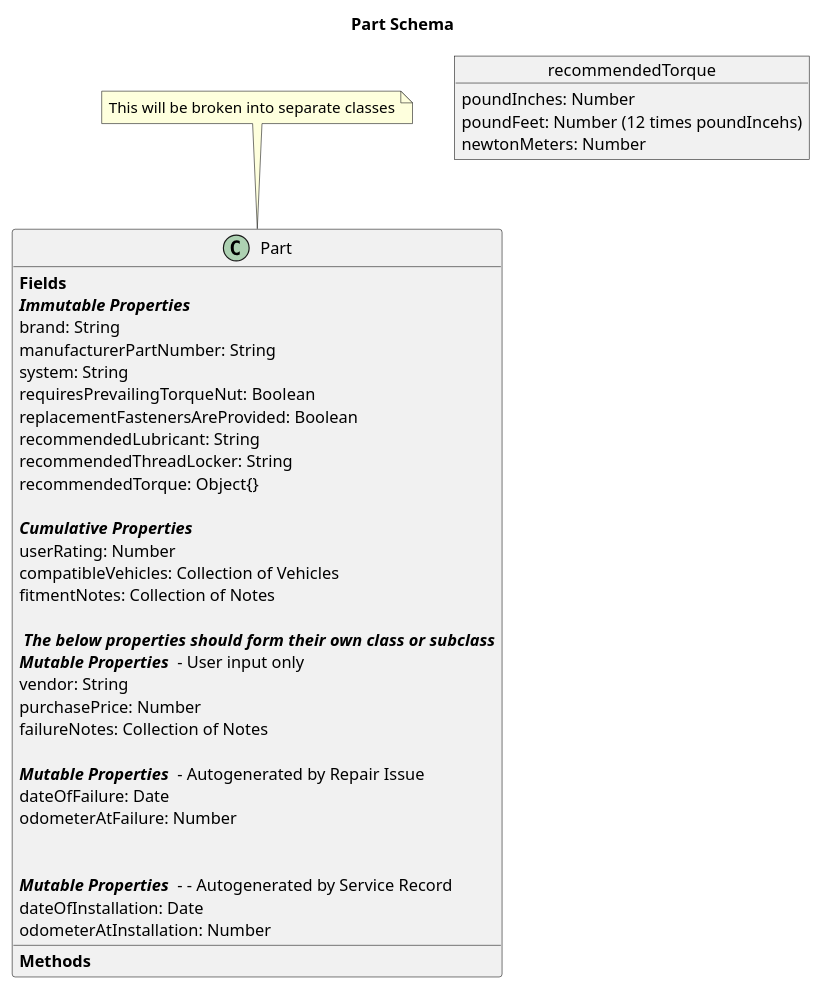
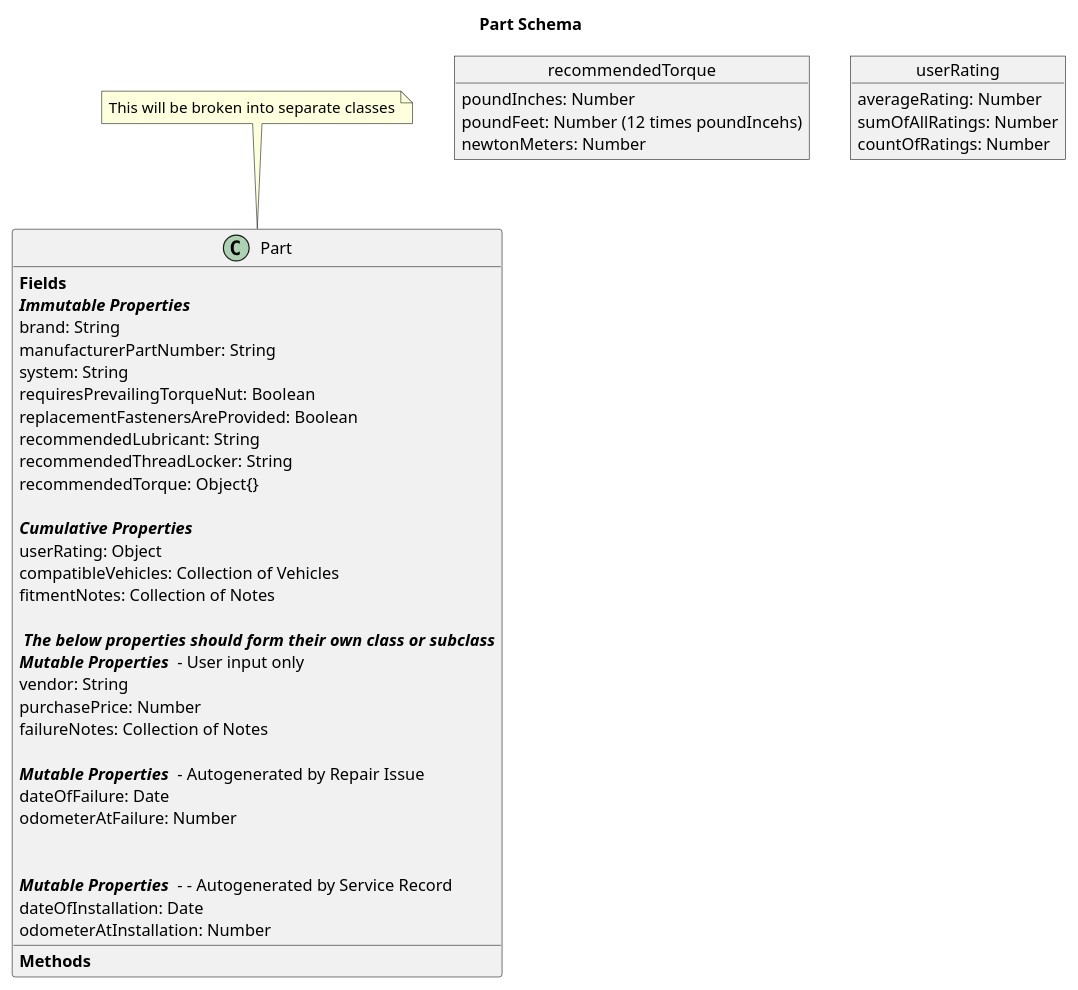
Before and after one commit to TwoFistedJustice/manifold: the diagram in src/app/odm/uml/part.puml, drawn with PlantUML.

Commit message:
Change userRatings field to Object

```diff
--- a/src/app/odm/uml/part.puml
+++ b/src/app/odm/uml/part.puml
@@ -1,57 +1,62 @@
 @startuml
 
 title Part Schema
 
 
 class Part{
 {field}**Fields**
 **//Immutable Properties//**
 brand: String
 manufacturerPartNumber: String
 system: String
 requiresPrevailingTorqueNut: Boolean
 replacementFastenersAreProvided: Boolean
 recommendedLubricant: String
 recommendedThreadLocker: String
 recommendedTorque: Object{}
 
 **//Cumulative Properties//**
-userRating: Number
+userRating: Object
 compatibleVehicles: Collection of Vehicles
 fitmentNotes: Collection of Notes
 
 //** The below properties should form their own class or subclass**//
 **//Mutable Properties//**  - User input only
 vendor: String
 purchasePrice: Number
 failureNotes: Collection of Notes
 
 **//Mutable Properties//**  - Autogenerated by Repair Issue
 dateOfFailure: Date
 odometerAtFailure: Number
 
 
 **//Mutable Properties//**  - - Autogenerated by Service Record
 dateOfInstallation: Date
 odometerAtInstallation: Number
 
 
 
 {method}**Methods**
 }
 
 
 object recommendedTorque {
 poundInches: Number
 poundFeet: Number (12 times poundIncehs)
 newtonMeters: Number
+}
 
+object userRating {
+averageRating: Number
+sumOfAllRatings: Number
+countOfRatings: Number
 }
 
 note as N1
   This will be broken into separate classes
 end note
 
 N1 -- Part
 
 @enduml
```
